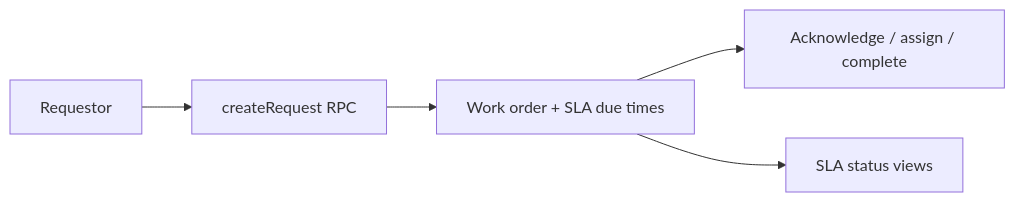
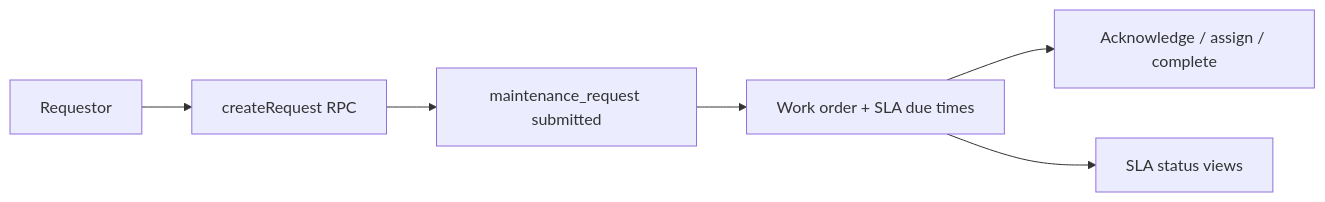
Before and after one commit to workorder-systems/cmms: the diagram in apps/docs/src/app/request-portal-and-sla/page.mdx, drawn with Mermaid. The commit also changed other lines of this file and 20 other files, not shown here.

````diff
--- a/apps/docs/src/app/request-portal-and-sla/page.mdx
+++ b/apps/docs/src/app/request-portal-and-sla/page.mdx
@@ -23,7 +26,8 @@
 ```mermaid
 flowchart LR
   R[Requestor] --> P[createRequest RPC]
-  P --> WO[Work order + SLA due times]
+  P --> MR[maintenance_request submitted]
+  MR --> WO[Work order + SLA due times]
   WO --> ACK[Acknowledge / assign / complete]
   WO --> V[SLA status views]
 ```
````
